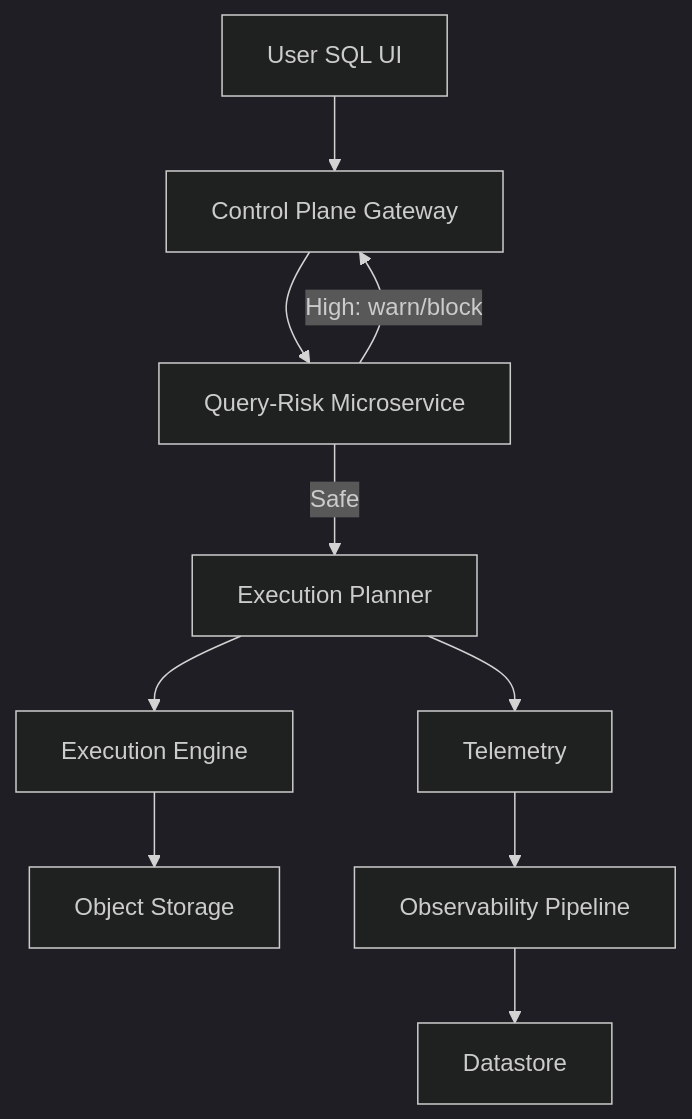
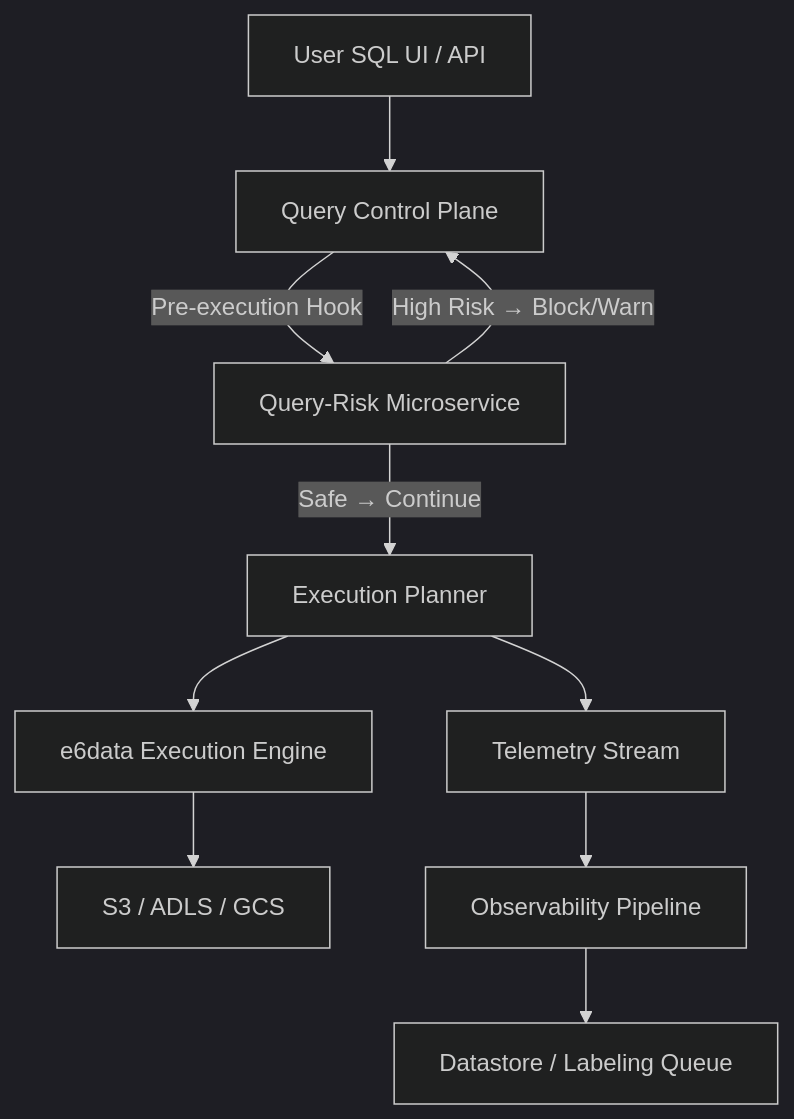
The third of 3 diagrams in README.md (SIDDHARTH-PADIGAR/Query_Risk_PoC), drawn with Mermaid before and after one commit. The commit also changed other lines of this file, not shown here.

First line of the commit message:
Revise README for Query Risk Scoring System

````diff
--- a/README.md
+++ b/README.md
@@ -88,27 +93,27 @@
 ```mermaid
 %%{init: {'theme':'dark'}}%%
 graph TB
-    User[User SQL UI]
-    Gateway[Control Plane Gateway]
+    User[User SQL UI / API]
+    Gateway[Query Control Plane]
     Risk[Query-Risk Microservice]
+    Planner[Execution Planner]
+    Engine[e6data Execution Engine]
+    Storage[S3 / ADLS / GCS]
 
-    Planner[Execution Planner]
-    Engine[Execution Engine]
-    Storage[Object Storage]
-
-    Telemetry[Telemetry]
+    Telemetry[Telemetry Stream]
     Obs[Observability Pipeline]
-    Store[Datastore]
+    DS[Datastore / Labeling Queue]
 
     User --> Gateway
-    Gateway --> Risk
-    Risk -->|High: warn/block| Gateway
-    Risk -->|Safe| Planner
+    Gateway -->|Pre-execution Hook| Risk
+
+    Risk -->|High Risk → Block/Warn| Gateway
+    Risk -->|Safe → Continue| Planner
 
     Planner --> Engine
     Engine --> Storage
 
     Planner --> Telemetry
     Telemetry --> Obs
-    Obs --> Store
+    Obs --> DS
 ```
````
